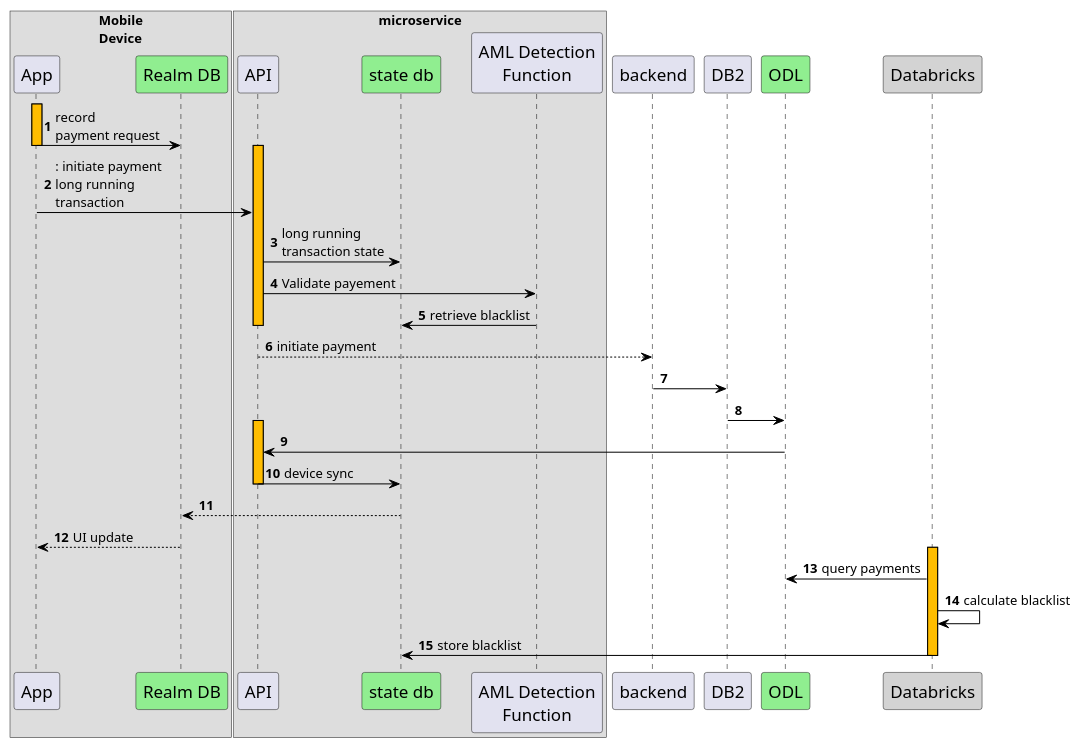
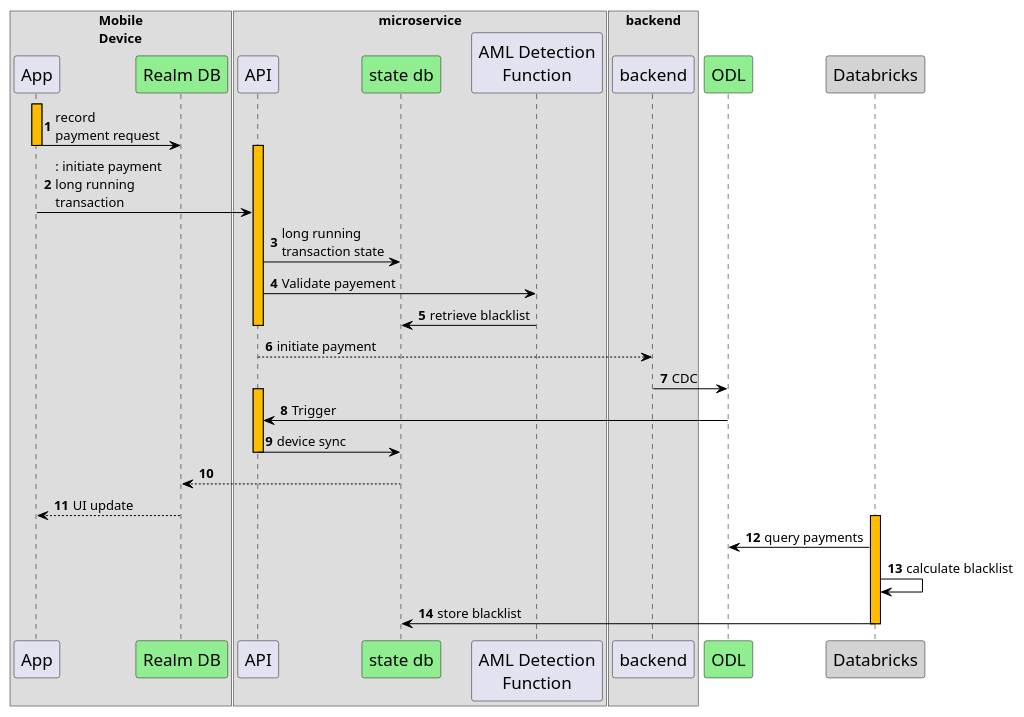
One commit to spullepu/FSI changed the diagram in mongoDBODL.puml. Above: the diagram before and after it, drawn with PlantUML.

Commit message:
renaming stuff, collapsing backend and DB

```diff
--- a/mongoDBODL.puml
+++ b/mongoDBODL.puml
@@ -1,97 +1,100 @@
 skinparam headerFontSize 40
 skinparam HeaderFontColor black
 'header Mobile Payments (Happy Path)
 skinparam sequence {
     ArrowColor black
     LifeLineBorderColor black
     LifeLineBackgroundColor black
     LifeLineBorderColor black
     LifeLineBackgroundColor #ffbd00
 
     'ParticipantBorderColor #lightgreen
     'ParticipantBackgroundColor #lightgreen
     ParticipantFontName "Arial"
     ParticipantFontSize 17
     ParticipantFontColor black
     'ParticipantMargin 30 '\n Heritage service
 
     ActorBorderColor black
     ActorBackgroundColor #black
 }
 
 autonumber 1
 box "Mobile\nDevice"
 participant "App" as a
 participant "Realm DB" as realm #lightgreen
 end box
 box "microservice"
 participant "API" as b 
 participant "state db" as microdb #lightgreen
 participant "AML Detection\nFunction" as model
 end box
 'participant "Kafka/Azure Event Hub/AWS Kiensis " as c
 'box "Databricks" '#LightSlateGray
 'box "Databricks" 
 'participant "mlFlow" as f
 'participant "Delta Lake" as g
 'end box
 'participant "Fraud Monitoring" as h
 
 'participant "Atlas:ODS" as d #lightgreen 
 
 'participant "Realm Sync App" as e #lightgreen 
 
 activate a
 a->realm: record\npayment request
 deactivate a
 activate b
 a->b: : initiate payment\nlong running\ntransaction
 b->microdb: long running\ntransaction state
 b->model: Validate payement
 model->microdb: retrieve blacklist
 deactivate b
+box "backend"
+participant backend 
+end box
+
 b-->backend: initiate payment
-backend->DB2
 participant "ODL" as ODL #lightgreen
-DB2->ODL
+backend->ODL: CDC
 activate b
-ODL->b
+ODL->b: Trigger
 b->microdb: device sync
 deactivate b
 
 microdb-->realm
 realm-->a: UI update
 
 participant "Databricks" as dbr #lightgrey
 activate dbr
 dbr->ODL: query payments
 ' should model params be stored in MongoDB
 dbr->dbr: calculate blacklist
 dbr->microdb: store blacklist
 deactivate dbr
 
 'b->c: new trasnsaction event
 'c-[#blue]>g: insert raw transactions
 'activate g
 
 'g->g: Geospatial clustering 
 'g->g: determine user behaviour
 'g-[#green]>d: insert user behavior data
 'c-[#blue]>f: insert raw transactions
 
 'deactivate g
 'note left: 3 & 7 are parallel activities
 
 'activate f
 
 'f->f: update model, generate new reference data points
 'f-[#green]>d: periodically push new reference data \n import com.mongodb.spark._
 'f->d: find if there is a match \n db.tiles.find({"user": "Antoine", "tile": "8A2A1008916FFFF"})
 'deactivate f
 'alt  if there is a match (transaction is fraudulent)
 'd->h: trigger change stream 
 'h->h: create a case
 
 'd->e:  trigger change stream
 'e->a: transaction failed message
 'end
```
